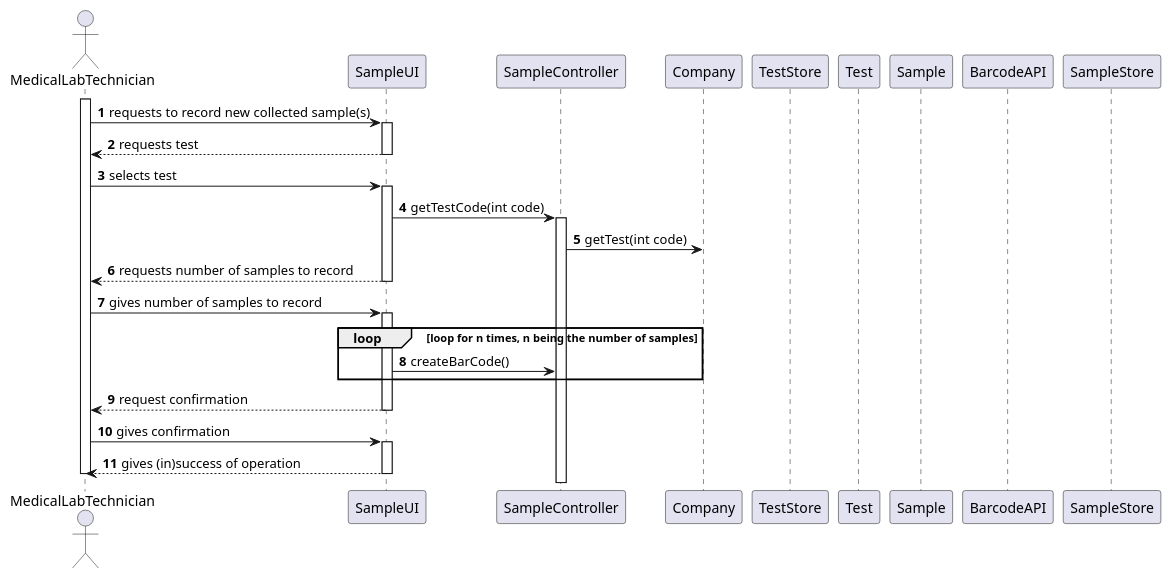
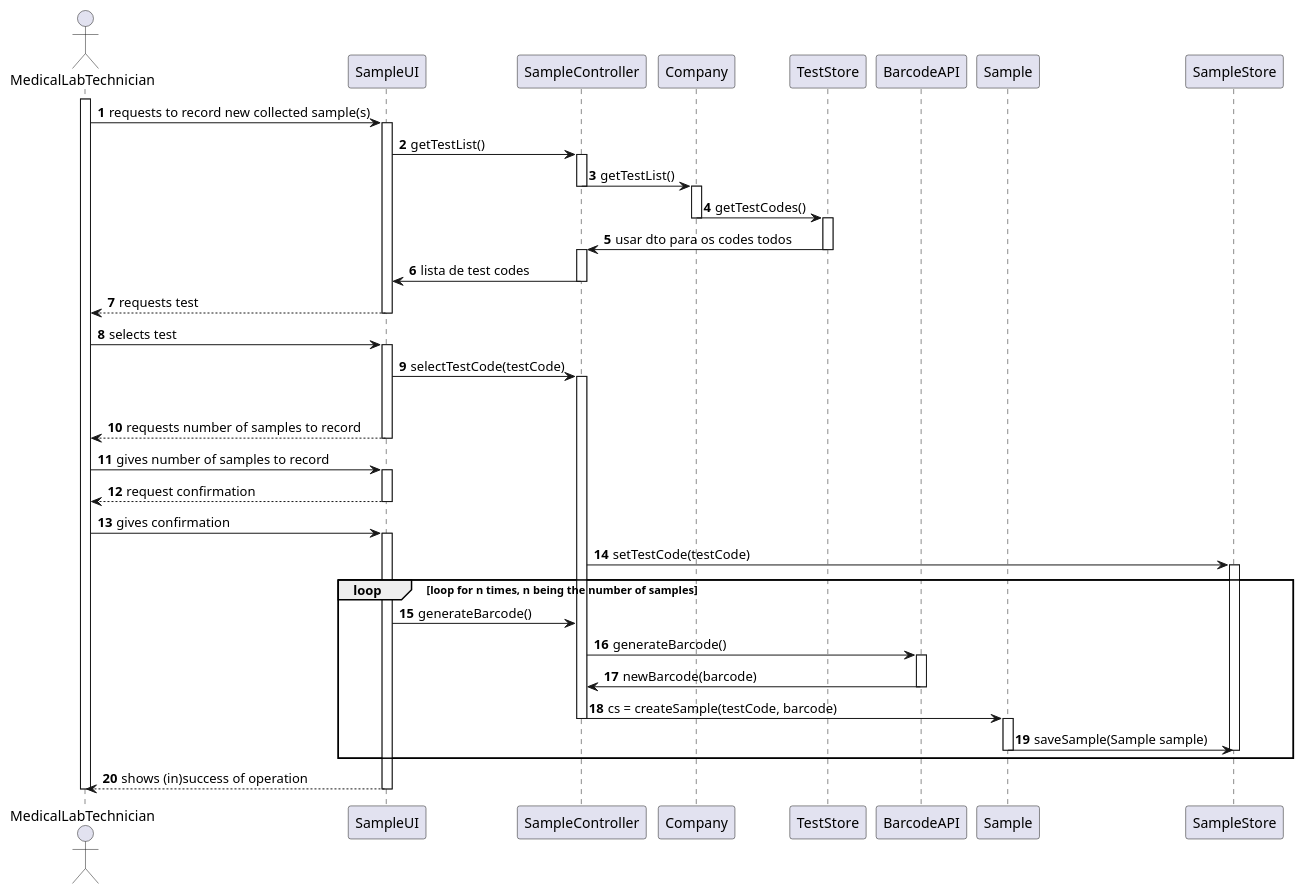
Before and after one commit to MadDinosaur/ISEP-LAPR2: the diagram in docs/SprintC/US5/US5_SD.puml, drawn with PlantUML. The commit also changed 2 other files, not shown here.

```diff
--- a/docs/SprintC/US5/US5_SD.puml
+++ b/docs/SprintC/US5/US5_SD.puml
@@ -1,47 +1,70 @@
 @startuml
 
 autonumber
 
 actor MedicalLabTechnician as mlt
 participant SampleUI as UI
 participant SampleController as Controller
 participant Company
 participant TestStore
-participant Test
+participant BarcodeAPI as API
 participant Sample
-participant BarcodeAPI as API
 participant SampleStore
 
 activate mlt
 mlt -> UI: requests to record new collected sample(s)
 activate UI
-
+UI -> Controller: getTestList()
+activate Controller
+Controller -> Company: getTestList()
+deactivate Controller
+activate Company
+Company -> TestStore: getTestCodes()
+deactivate Company
+activate TestStore
+TestStore -> Controller: usar dto para os codes todos
+deactivate TestStore
+activate Controller
+Controller -> UI: lista de test codes
+deactivate Controller
 UI --> mlt: requests test
 deactivate UI
 
 mlt -> UI: selects test
 activate UI
-UI -> Controller: getTestCode(int code)
+UI -> Controller: selectTestCode(testCode)
 activate Controller
-Controller -> Company: getTest(int code)
+
+deactivate Company
 
 UI --> mlt: requests number of samples to record
 deactivate UI
 
 mlt -> UI: gives number of samples to record
 activate UI
-loop loop for n times, n being the number of samples
-UI -> Controller: createBarCode()
-end loop
-
 UI --> mlt: request confirmation
 deactivate UI
-
 mlt -> UI: gives confirmation
 activate UI
 
-UI --> mlt: gives (in)success of operation
+Controller -> SampleStore: setTestCode(testCode)
+activate SampleStore
+loop loop for n times, n being the number of samples
+UI -> Controller: generateBarcode()
+Controller -> API: generateBarcode()
+activate API
+API -> Controller: newBarcode(barcode)
+deactivate API
+Controller -> Sample: cs = createSample(testCode, barcode)
+deactivate Controller
+activate Sample
+Sample -> SampleStore: saveSample(Sample sample)
+deactivate Sample
+deactivate SampleStore
+end loop
+
+UI --> mlt: shows (in)success of operation
 deactivate UI
 deactivate mlt
 
 @enduml
```
